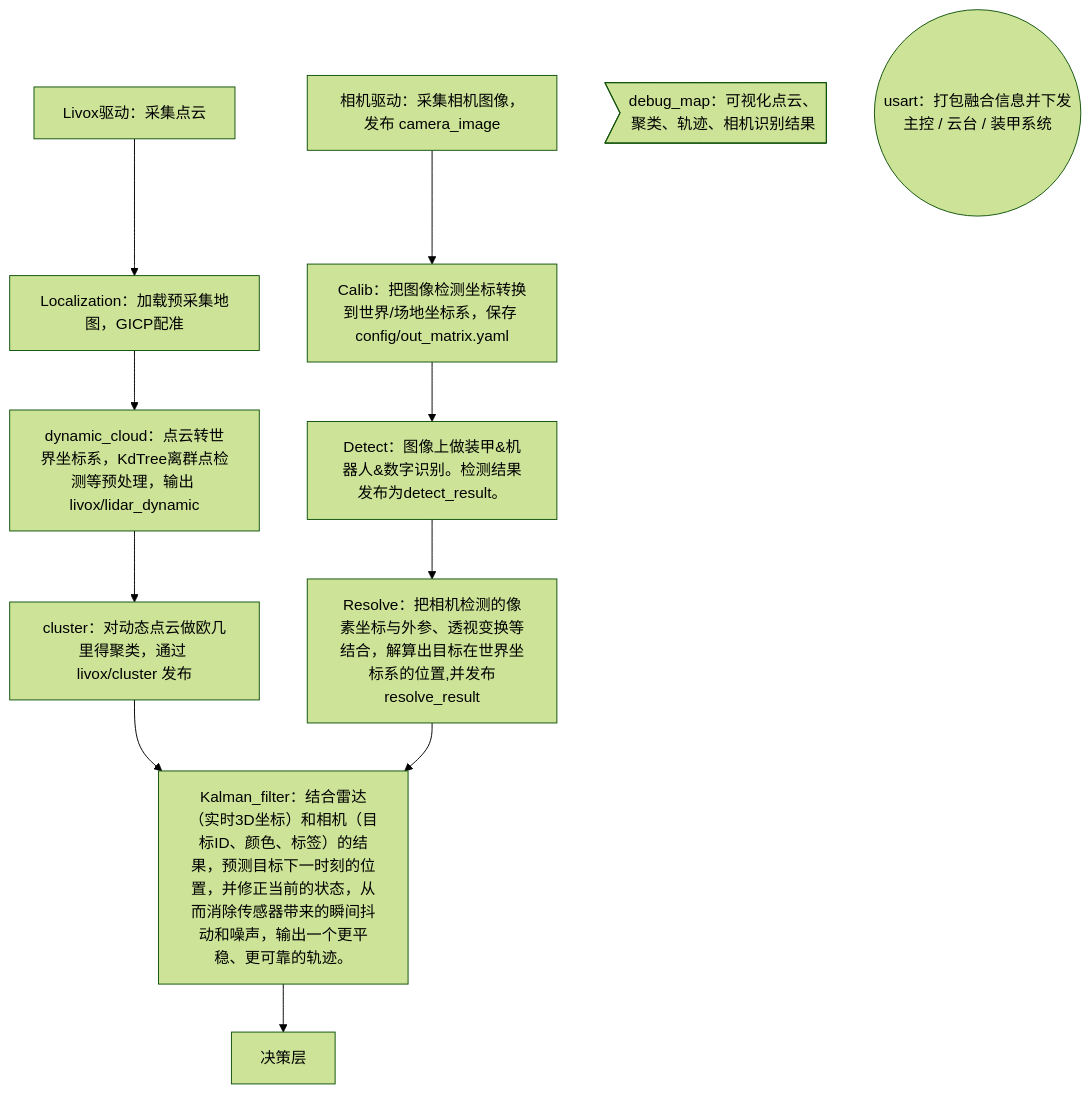
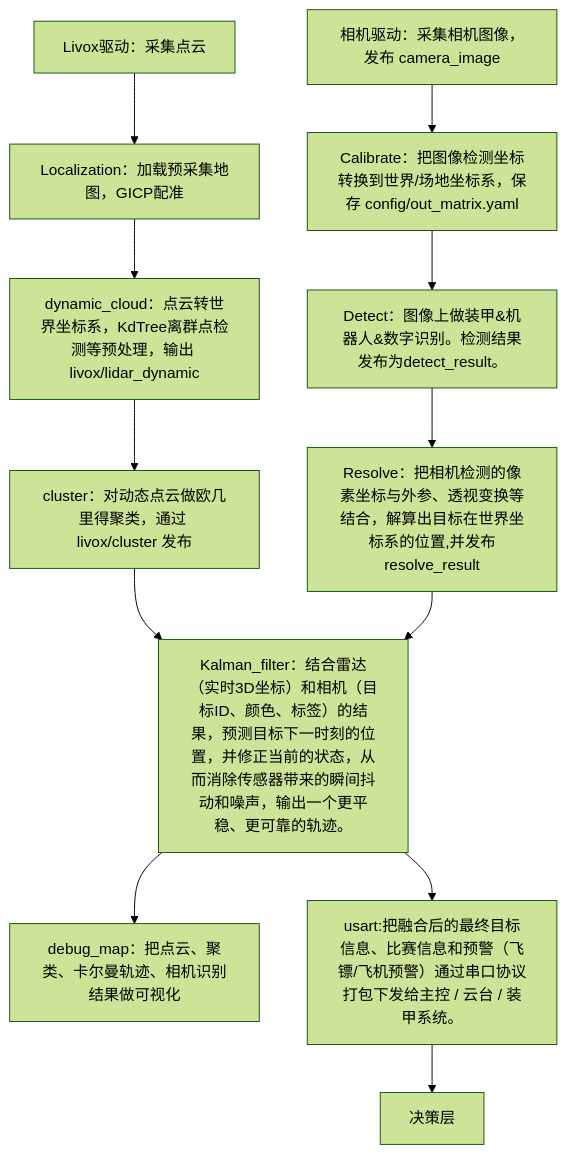
Before and after one commit to Aurovora/SRM_code: the first of 4 diagrams in 雷达/TDTcode.md, drawn with Mermaid (forest theme). The commit also changed other lines of this file, not shown here.

````diff
--- a/雷达/TDTcode.md
+++ b/雷达/TDTcode.md
@@ -7,16 +8,14 @@
 ```mermaid
 graph TD
     A["Livox驱动：采集点云"] --> B["Localization：加载预采集地图，GICP配准"]
     B --> C["dynamic_cloud：点云转世界坐标系，KdTree离群点检测等预处理，输出 livox/lidar_dynamic"]
     C --> D["cluster：对动态点云做欧几里得聚类，通过 livox/cluster 发布"]
     D --> I
-    E["相机驱动：采集相机图像，发布 camera_image"]--> F["Calib：把图像检测坐标转换到世界/场地坐标系，保存 config/out_matrix.yaml"]
+    E["相机驱动：采集相机图像，发布 camera_image"]--> F["Calibrate：把图像检测坐标转换到世界/场地坐标系，保存 config/out_matrix.yaml"]
     F --> G["Detect：图像上做装甲&机器人&数字识别。检测结果发布为detect_result。"]
     G --> H["Resolve：把相机检测的像素坐标与外参、透视变换等结合，解算出目标在世界坐标系的位置,并发布resolve_result"]
     H --> I["Kalman_filter：结合雷达（实时3D坐标）和相机（目标ID、颜色、标签）的结果，预测目标下一时刻的位置，并修正当前的状态，从而消除传感器带来的瞬间抖动和噪声，输出一个更平稳、更可靠的轨迹。"]
-    I --> L[决策层]
-
-    J>"debug_map：可视化点云、聚类、轨迹、相机识别结果"]
-    K(("usart：打包融合信息并下发主控 / 云台 / 装甲系统"))
-
+    I --> J["debug_map：把点云、聚类、卡尔曼轨迹、相机识别结果做可视化"]
+    I --> K["usart:把融合后的最终目标信息、比赛信息和预警（飞镖/飞机预警）通过串口协议打包下发给主控 / 云台 / 装甲系统。"]
+    K -->L["决策层"]
 ```
````
